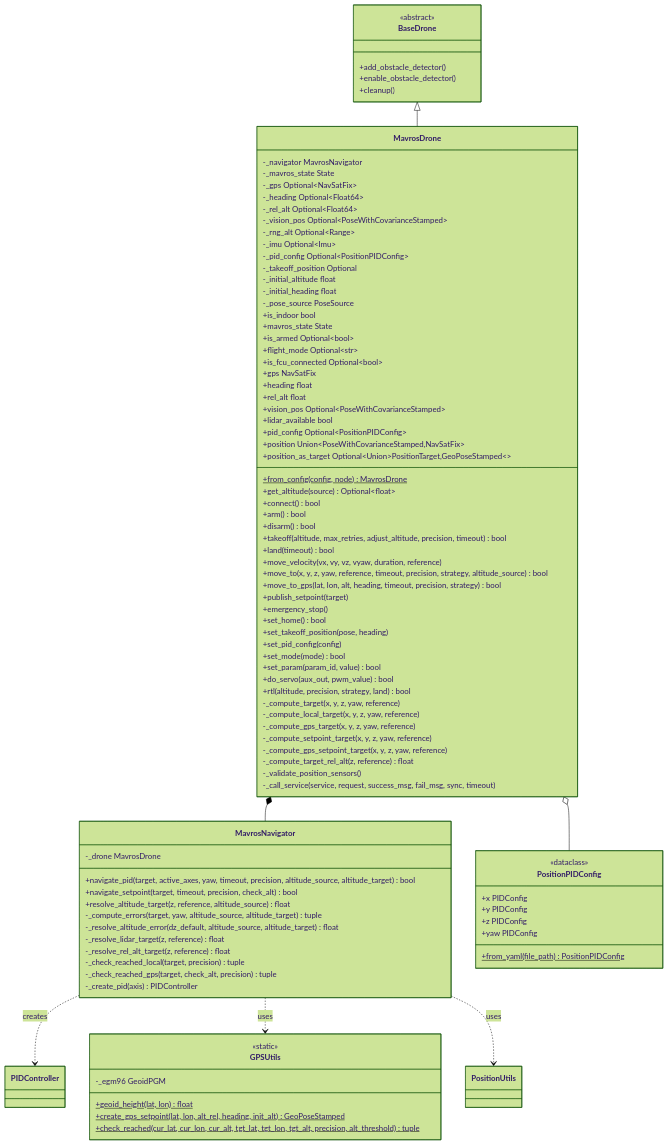
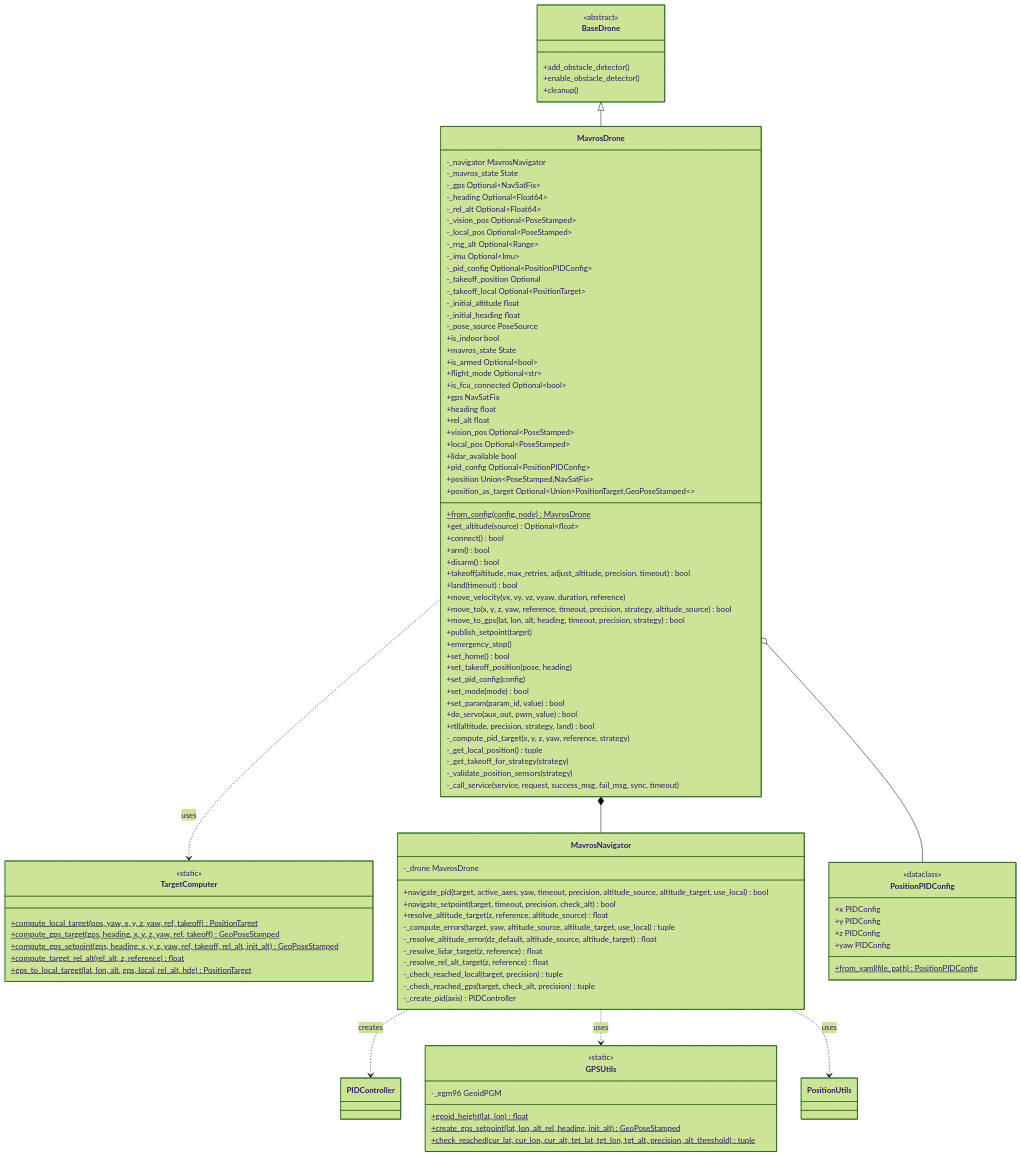
Before and after one commit to Black-Bee-Drones/nectar-sdk: the first of 2 diagrams in nectar/nectar/control/mavros/README.md, drawn with Mermaid (forest theme). The commit also changed other lines of this file and 1 other file, not shown here.

Commit message:
docs: update navigation strategies and data structures; add local position support

```diff
--- a/nectar/nectar/control/mavros/README.md
+++ b/nectar/nectar/control/mavros/README.md
@@ -70,11 +70,13 @@
         -_gps Optional~NavSatFix~
         -_heading Optional~Float64~
         -_rel_alt Optional~Float64~
-        -_vision_pos Optional~PoseWithCovarianceStamped~
+        -_vision_pos Optional~PoseStamped~
+        -_local_pos Optional~PoseStamped~
         -_rng_alt Optional~Range~
         -_imu Optional~Imu~
         -_pid_config Optional~PositionPIDConfig~
         -_takeoff_position Optional
+        -_takeoff_local Optional~PositionTarget~
         -_initial_altitude float
         -_initial_heading float
         -_pose_source PoseSource
@@ -86,10 +88,11 @@
         +gps NavSatFix
         +heading float
         +rel_alt float
-        +vision_pos Optional~PoseWithCovarianceStamped~
+        +vision_pos Optional~PoseStamped~
+        +local_pos Optional~PoseStamped~
         +lidar_available bool
         +pid_config Optional~PositionPIDConfig~
-        +position Union~PoseWithCovarianceStamped,NavSatFix~
+        +position Union~PoseStamped,NavSatFix~
         +position_as_target Optional~Union~PositionTarget,GeoPoseStamped~~
         +from_config(config, node)$ MavrosDrone
         +get_altitude(source) Optional~float~
@@ -110,22 +113,28 @@
         +set_param(param_id, value) bool
         +do_servo(aux_out, pwm_value) bool
         +rtl(altitude, precision, strategy, land) bool
-        -_compute_target(x, y, z, yaw, reference)
-        -_compute_local_target(x, y, z, yaw, reference)
-        -_compute_gps_target(x, y, z, yaw, reference)
-        -_compute_setpoint_target(x, y, z, yaw, reference)
-        -_compute_gps_setpoint_target(x, y, z, yaw, reference)
-        -_compute_target_rel_alt(z, reference) float
-        -_validate_position_sensors()
+        -_compute_pid_target(x, y, z, yaw, reference, strategy)
+        -_get_local_position() tuple
+        -_get_takeoff_for_strategy(strategy)
+        -_validate_position_sensors(strategy)
         -_call_service(service, request, success_msg, fail_msg, sync, timeout)
+    }
+
+    class TargetComputer {
+        <<static>>
+        +compute_local_target(pos, yaw, x, y, z, yaw, ref, takeoff)$ PositionTarget
+        +compute_gps_target(gps, heading, x, y, z, yaw, ref, takeoff)$ GeoPoseStamped
+        +compute_gps_setpoint(gps, heading, x, y, z, yaw, ref, takeoff, rel_alt, init_alt)$ GeoPoseStamped
+        +compute_target_rel_alt(rel_alt, z, reference)$ float
+        +gps_to_local_target(lat, lon, alt, gps, local, rel_alt, hdg)$ PositionTarget
     }
 
     class MavrosNavigator {
         -_drone MavrosDrone
-        +navigate_pid(target, active_axes, yaw, timeout, precision, altitude_source, altitude_target) bool
+        +navigate_pid(target, active_axes, yaw, timeout, precision, altitude_source, altitude_target, use_local) bool
         +navigate_setpoint(target, timeout, precision, check_alt) bool
         +resolve_altitude_target(z, reference, altitude_source) float
-        -_compute_errors(target, yaw, altitude_source, altitude_target) tuple
+        -_compute_errors(target, yaw, altitude_source, altitude_target, use_local) tuple
         -_resolve_altitude_error(dz_default, altitude_source, altitude_target) float
         -_resolve_lidar_target(z, reference) float
         -_resolve_rel_alt_target(z, reference) float
@@ -160,6 +169,7 @@
 
     BaseDrone <|-- MavrosDrone
     MavrosDrone *-- MavrosNavigator
+    MavrosDrone ..> TargetComputer : uses
     MavrosNavigator ..> PIDController : creates
     MavrosNavigator ..> GPSUtils : uses
     MavrosNavigator ..> PositionUtils : uses
```
